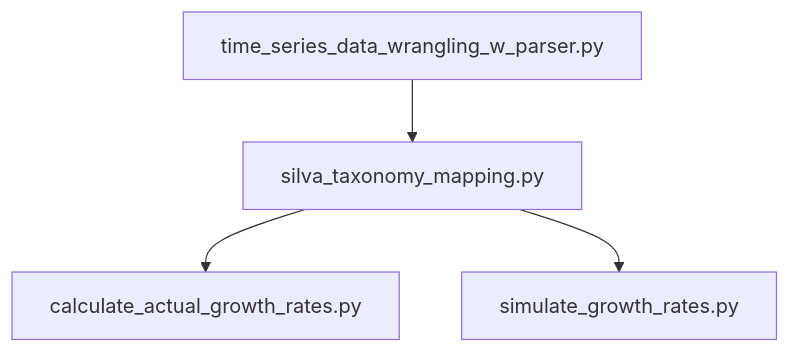
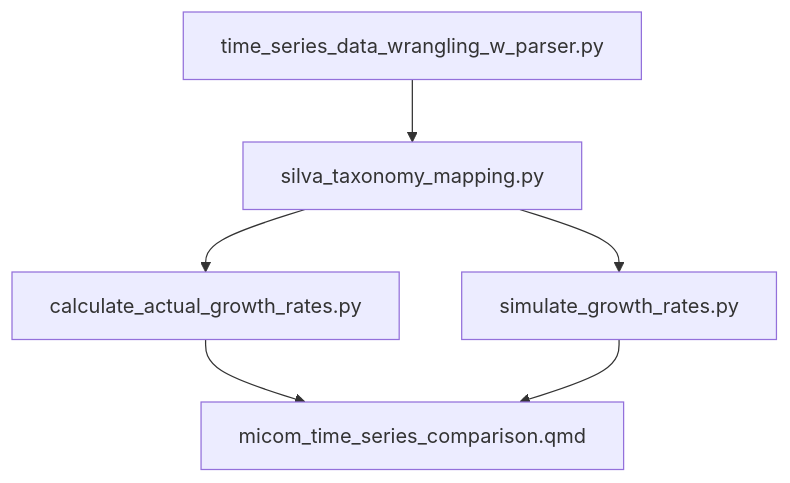
Before and after one commit to laurie-lyon/micom-time-series: the diagram in README.md, drawn with Mermaid. The commit also changed 2 other files, not shown here.

Commit message:
updated readme flowchart

````diff
--- a/README.md
+++ b/README.md
@@ -78,11 +78,14 @@
 ```mermaid
 flowchart TD
     A --> B
     B --> C
     B --> D
+    C --> E
+    D --> E
 
     A[time_series_data_wrangling_w_parser.py]
     B[silva_taxonomy_mapping.py]
     C[calculate_actual_growth_rates.py]
     D[simulate_growth_rates.py]
+    E[micom_time_series_comparison.qmd]
 ```
````
